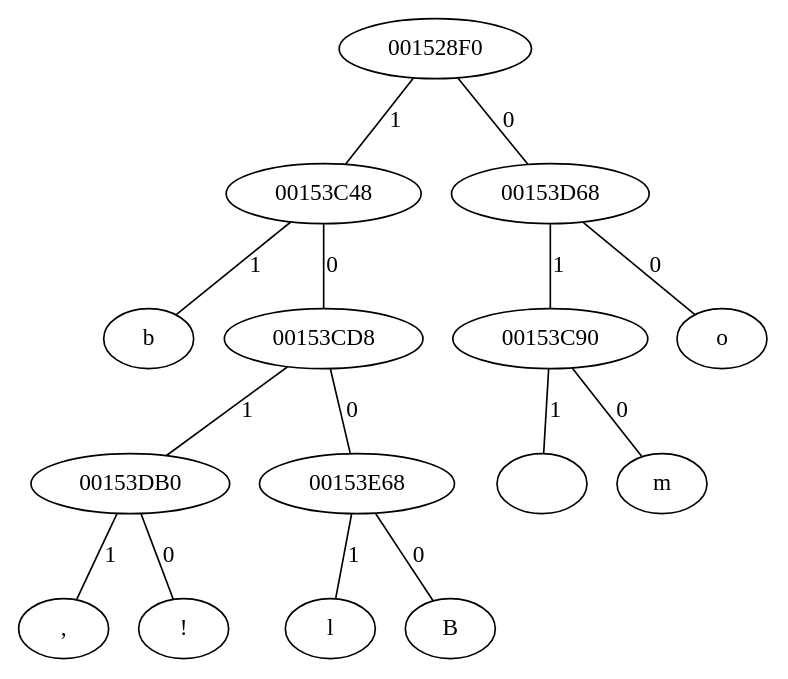
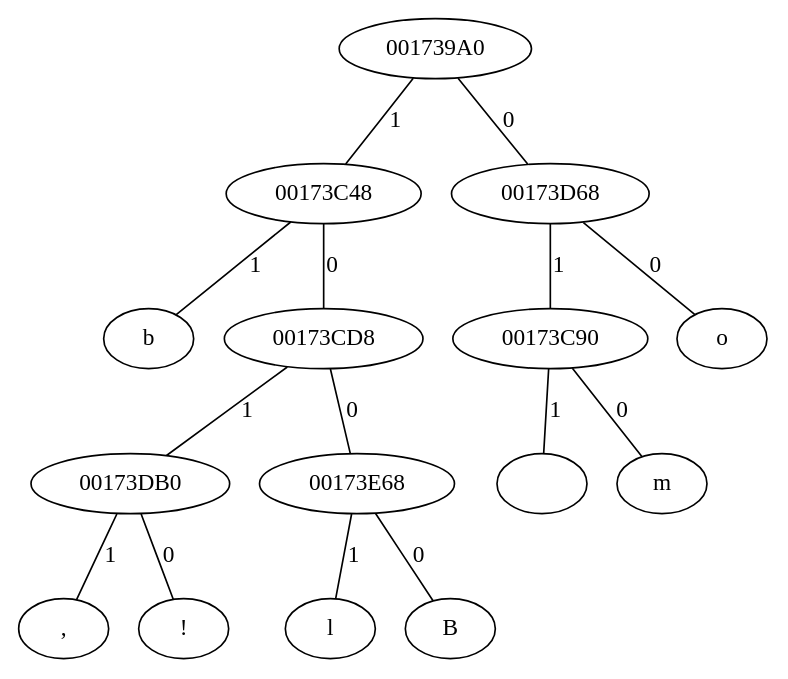
The diagram in tree.dot (jadedlopes/Huffman), drawn with Graphviz before and after one commit. The commit also changed 5 other files, not shown here.

```diff
--- a/tree.dot
+++ b/tree.dot
@@ -1,16 +1,16 @@
 graph {
-	"001528F0" -- "00153C48" [label= 1];
-	"001528F0" -- "00153D68" [label= 0];
-	"00153D68" -- "00153C90" [label= 1];
-	"00153D68" -- "o" [label= 0];
-	"00153C90" -- " " [label= 1];
-	"00153C90" -- "m" [label= 0];
-	"00153C48" -- "b" [label= 1];
-	"00153C48" -- "00153CD8" [label= 0];
-	"00153CD8" -- "00153DB0" [label= 1];
-	"00153CD8" -- "00153E68" [label= 0];
-	"00153E68" -- "l" [label= 1];
-	"00153E68" -- "B" [label= 0];
-	"00153DB0" -- "," [label= 1];
-	"00153DB0" -- "!" [label= 0];
+	"001739A0" -- "00173C48" [label= 1];
+	"001739A0" -- "00173D68" [label= 0];
+	"00173D68" -- "00173C90" [label= 1];
+	"00173D68" -- "o" [label= 0];
+	"00173C90" -- " " [label= 1];
+	"00173C90" -- "m" [label= 0];
+	"00173C48" -- "b" [label= 1];
+	"00173C48" -- "00173CD8" [label= 0];
+	"00173CD8" -- "00173DB0" [label= 1];
+	"00173CD8" -- "00173E68" [label= 0];
+	"00173E68" -- "l" [label= 1];
+	"00173E68" -- "B" [label= 0];
+	"00173DB0" -- "," [label= 1];
+	"00173DB0" -- "!" [label= 0];
 }
```
